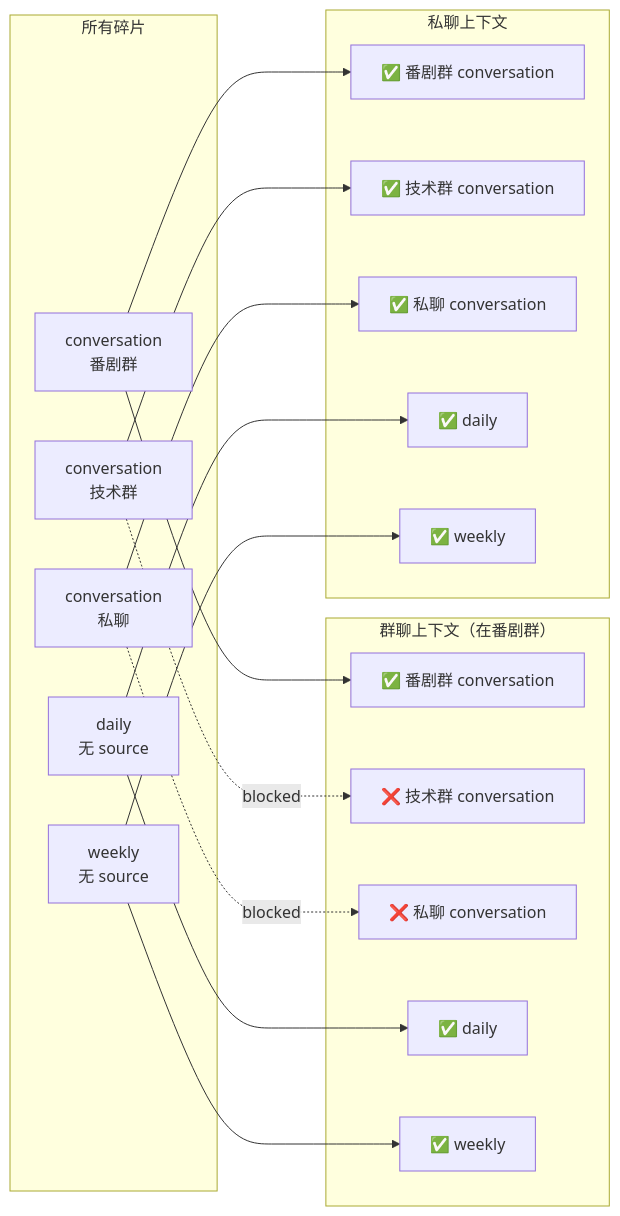
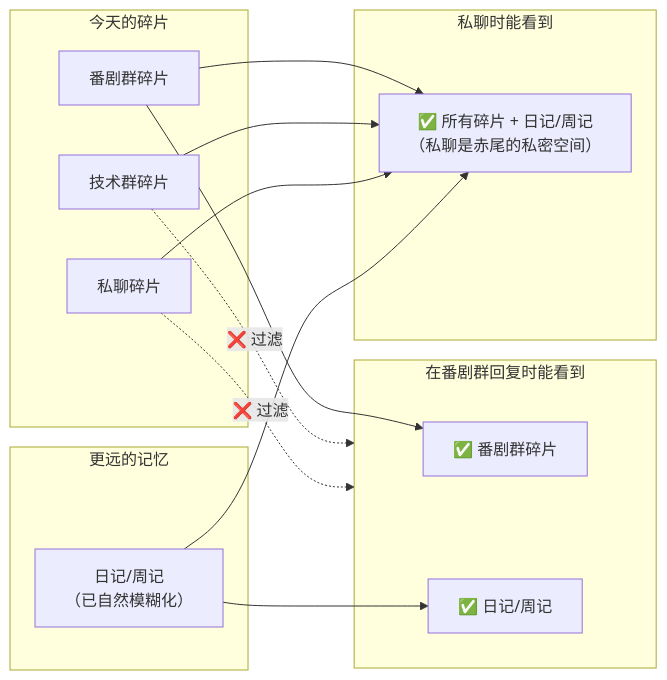
One commit to bezhai/chiwei-platform changed the second of 2 diagrams in docs/akao-memory-system.md. Above: the diagram before and after it, drawn with Mermaid. The commit also changed other lines of this file, not shown here.

Commit message:
docs: rewrite flow diagrams — focus on data transformation, not implementation

````diff
--- a/docs/akao-memory-system.md
+++ b/docs/akao-memory-system.md
@@ -83,38 +62,31 @@
 ```mermaid
 flowchart LR
-    subgraph FRAGS["所有碎片"]
-        F1["conversation\n番剧群"]
-        F2["conversation\n技术群"]
-        F3["conversation\n私聊"]
-        F4["daily\n无 source"]
-        F5["weekly\n无 source"]
+    subgraph TODAY["今天的碎片"]
+        FA["番剧群碎片"]
+        FB["技术群碎片"]
+        FC["私聊碎片"]
     end
 
-    subgraph GROUP["群聊上下文（在番剧群）"]
-        G1["✅ 番剧群 conversation"]
-        G2["❌ 技术群 conversation"]
-        G3["❌ 私聊 conversation"]
-        G4["✅ daily"]
-        G5["✅ weekly"]
+    subgraph DISTANT["更远的记忆"]
+        D["日记/周记\n（已自然模糊化）"]
     end
 
-    subgraph P2P["私聊上下文"]
-        P1["✅ 番剧群 conversation"]
-        P2["✅ 技术群 conversation"]
-        P3["✅ 私聊 conversation"]
-        P4["✅ daily"]
-        P5["✅ weekly"]
+    subgraph IN_GROUP["在番剧群回复时能看到"]
+        FA2["✅ 番剧群碎片"]
+        D2["✅ 日记/周记"]
     end
 
-    F1 --> G1
-    F2 -.->|blocked| G2
-    F3 -.->|blocked| G3
-    F4 --> G4
-    F5 --> G5
+    FA --> FA2
+    FB -.->|"❌ 过滤"| IN_GROUP
+    FC -.->|"❌ 过滤"| IN_GROUP
+    D --> D2
 
-    F1 --> P1
-    F2 --> P2
-    F3 --> P3
-    F4 --> P4
-    F5 --> P5
+    subgraph IN_P2P["私聊时能看到"]
+        ALL["✅ 所有碎片 + 日记/周记\n（私聊是赤尾的私密空间）"]
+    end
+
+    FA --> ALL
+    FB --> ALL
+    FC --> ALL
+    D --> ALL
 ```
````
